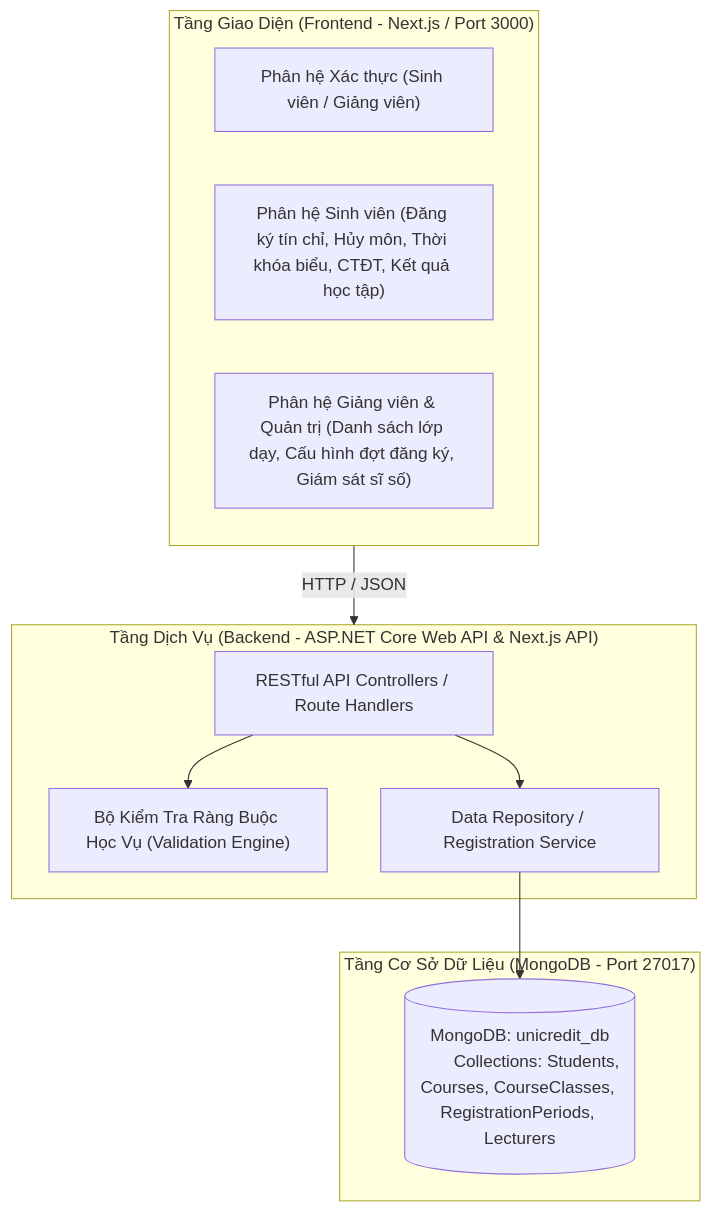
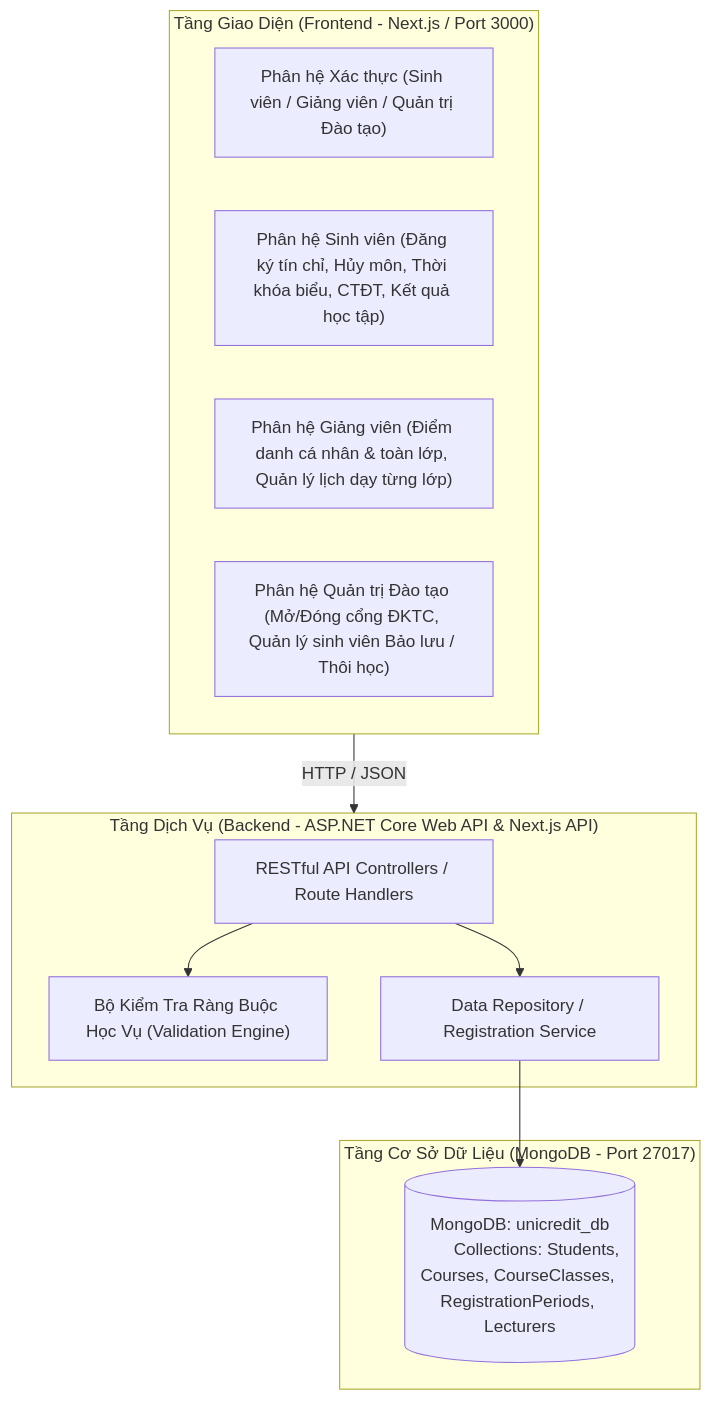
One commit to hoangthuytien-2005/xay-dung-he-thong-dang-ky-mon-hoc changed the diagram in README.md. Above: the diagram before and after it, drawn with Mermaid. The commit also changed other lines of this file and 2 other files, not shown here.

````diff
--- a/README.md
+++ b/README.md
@@ -25,24 +25,25 @@
 ```mermaid
 flowchart TD
     subgraph Client ["Tầng Giao Diện (Frontend - Next.js / Port 3000)"]
-        AuthUI["Phân hệ Xác thực (Sinh viên / Giảng viên)"]
+        AuthUI["Phân hệ Xác thực (Sinh viên / Giảng viên / Quản trị Đào tạo)"]
         StudentUI["Phân hệ Sinh viên (Đăng ký tín chỉ, Hủy môn, Thời khóa biểu, CTĐT, Kết quả học tập)"]
-        LecturerUI["Phân hệ Giảng viên & Quản trị (Danh sách lớp dạy, Cấu hình đợt đăng ký, Giám sát sĩ số)"]
+        LecturerUI["Phân hệ Giảng viên (Điểm danh cá nhân & toàn lớp, Quản lý lịch dạy từng lớp)"]
+        AdminUI["Phân hệ Quản trị Đào tạo (Mở/Đóng cổng ĐKTC, Quản lý sinh viên Bảo lưu / Thôi học)"]
     end
 
     subgraph Server ["Tầng Dịch Vụ (Backend - ASP.NET Core Web API & Next.js API)"]
         Controllers["RESTful API Controllers / Route Handlers"]
         Validation["Bộ Kiểm Tra Ràng Buộc Học Vụ (Validation Engine)"]
         Repository["Data Repository / Registration Service"]
     end
 
     subgraph Database ["Tầng Cơ Sở Dữ Liệu (MongoDB - Port 27017)"]
         MongoDB[("MongoDB: unicredit_db
         Collections: Students, Courses, CourseClasses, RegistrationPeriods, Lecturers")]
     end
 
     Client -->|"HTTP / JSON"| Server
     Controllers --> Validation
     Controllers --> Repository
     Repository --> MongoDB
 ```
````
